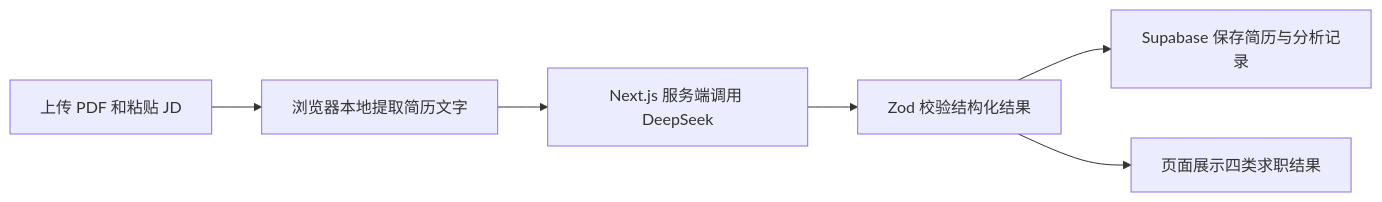
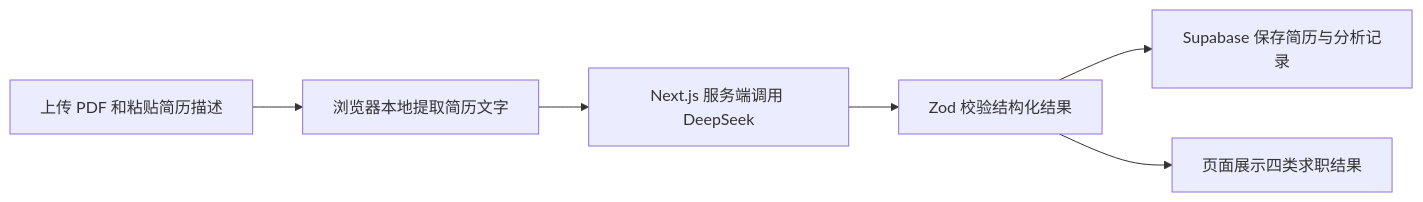
One commit to kanxue0201/zhida-ai-career-assistant changed the diagram in README.md. Above: the diagram before and after it, drawn with Mermaid. The commit also changed other lines of this file, not shown here.

````diff
--- a/README.md
+++ b/README.md
@@ -81,8 +82,8 @@
 ```mermaid
 flowchart LR
-    A[上传 PDF 和粘贴 JD] --> B[浏览器本地提取简历文字]
+    A[上传 PDF 和粘贴简历描述] --> B[浏览器本地提取简历文字]
     B --> C[Next.js 服务端调用 DeepSeek]
     C --> D[Zod 校验结构化结果]
     D --> E[Supabase 保存简历与分析记录]
     D --> F[页面展示四类求职结果]
 ```
````
